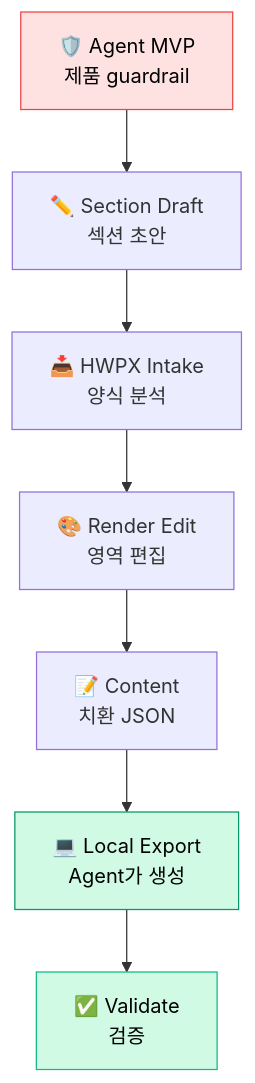
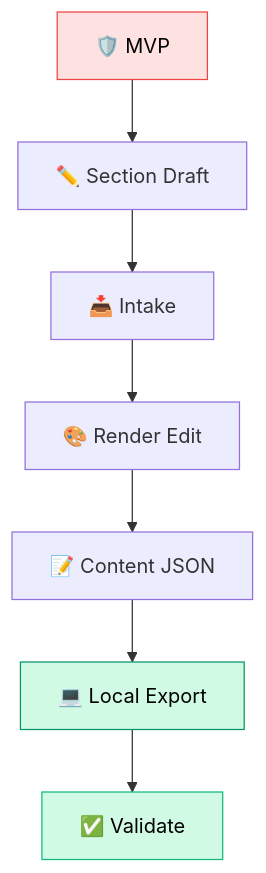
The fifth of 6 diagrams in README.md (mingyugim090-debug/DockLive), drawn with Mermaid before and after one commit. The commit also changed other lines of this file, not shown here.

Commit message:
docs: Production URL 수정 및 다이어그램 크기(레이아웃) 최적화

````diff
--- a/README.md
+++ b/README.md
@@ -300,16 +284,10 @@
 ```mermaid
 flowchart TB
-    S1["🛡️ Agent MVP<br/>제품 guardrail"]
-    S2["✏️ Section Draft<br/>섹션 초안"]
-    S3["📥 HWPX Intake<br/>양식 분석"]
-    S4["🎨 Render Edit<br/>영역 편집"]
-    S5["📝 Content<br/>치환 JSON"]
-    S6["💻 Local Export<br/>Agent가 생성"]
-    S7["✅ Validate<br/>검증"]
-
-    S1 --> S2 --> S3 --> S4 --> S5 --> S6 --> S7
+    S1["🛡️ MVP"] --> S2["✏️ Section Draft"] --> S3["📥 Intake"]
+    S3 --> S4["🎨 Render Edit"] --> S5["📝 Content JSON"]
+    S5 --> S6["💻 Local Export"] --> S7["✅ Validate"]
 
     style S1 fill:#fee2e2,stroke:#ef4444,color:#000
     style S6 fill:#d1fae5,stroke:#059669,color:#000
     style S7 fill:#d1fae5,stroke:#10b981,color:#000
 ```
````
